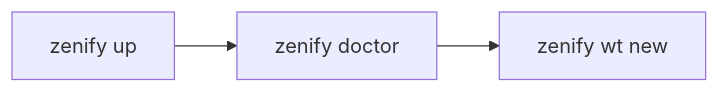
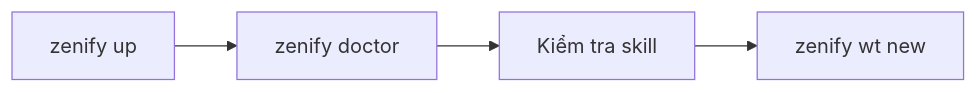
One commit to ZenifyAIContactCenter/zenify-kit changed the diagram in website/getting-started/quickstart.md. Above: the diagram before and after it, drawn with Mermaid. The commit also changed other lines of this file and 16 other files, not shown here.

````diff
--- a/website/getting-started/quickstart.md
+++ b/website/getting-started/quickstart.md
@@ -9,4 +9,6 @@
 ```mermaid
 flowchart LR
-  A[zenify up] --> B[zenify doctor] --> C[zenify wt new]
+  A["zenify up"] --> B["zenify doctor"] --> C["Kiểm tra skill"] --> D["zenify wt new"]
+  class A,B,D action
+  class C user
 ```
````
